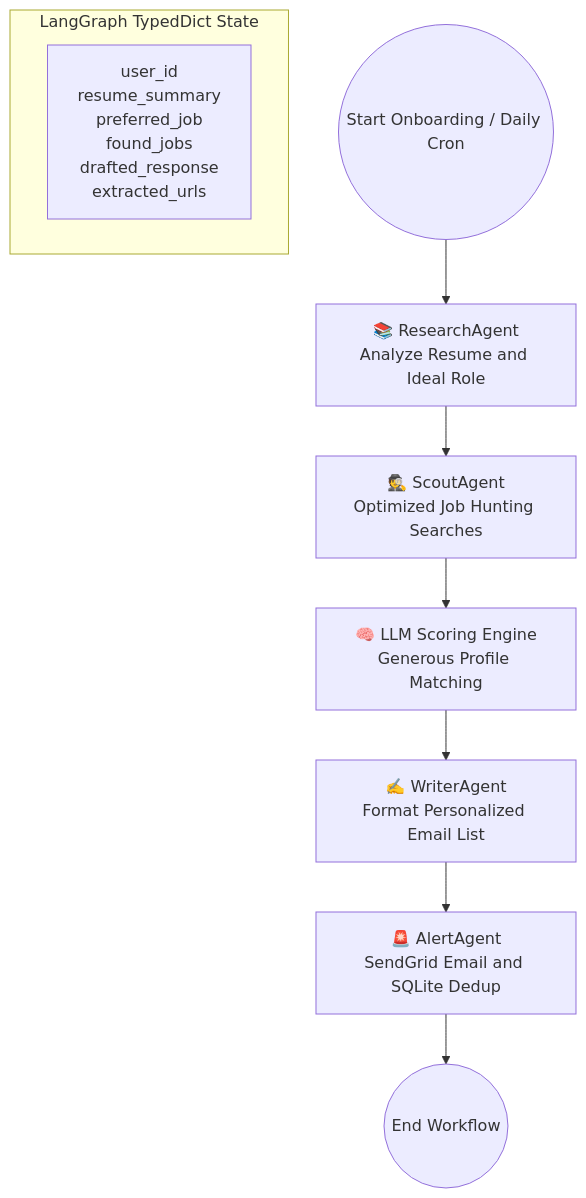
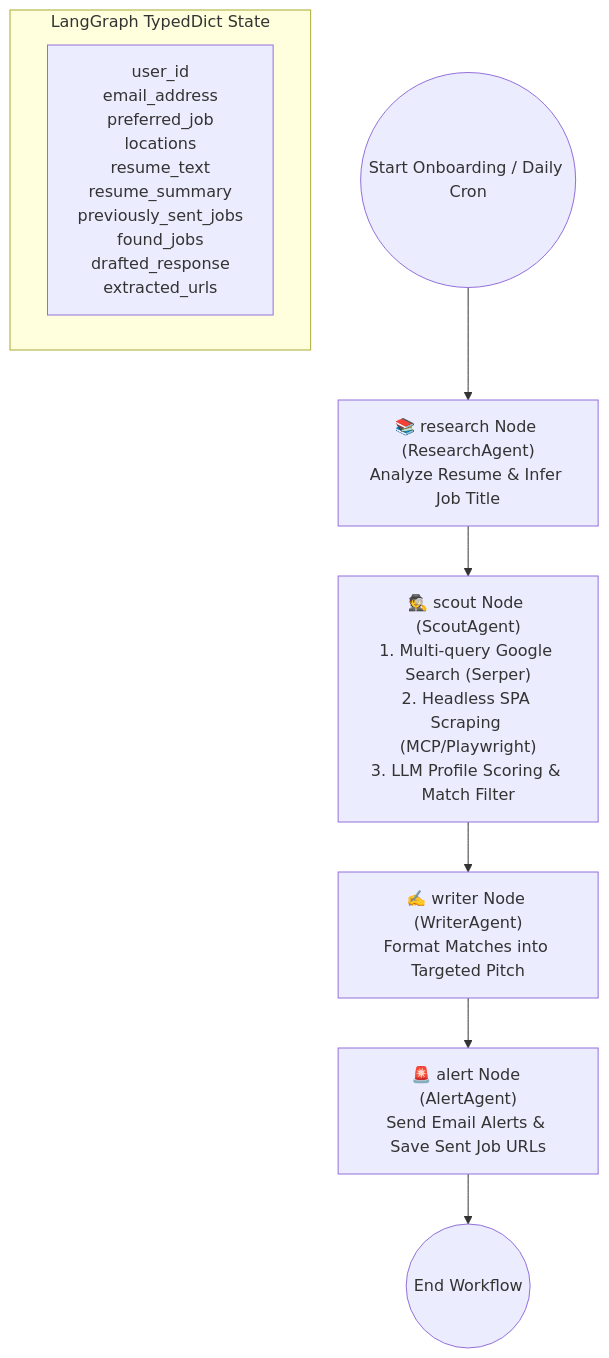
One commit to vishnup102002/Career-Pilot changed the first of 2 diagrams in README.md. Above: the diagram before and after it, drawn with Mermaid. The commit also changed other lines of this file and 2 other files, not shown here.

````diff
--- a/README.md
+++ b/README.md
@@ -37,14 +37,13 @@
 ```mermaid
 graph TD
-    Start((Start Onboarding / Daily Cron)) --> ResearchNode[📚 ResearchAgent\nAnalyze Resume and Ideal Role]
-    ResearchNode --> ScoutNode[🕵️ ScoutAgent\nOptimized Job Hunting Searches]
-    ScoutNode --> MatchEngine[🧠 LLM Scoring Engine\nGenerous Profile Matching]
-    MatchEngine --> WriterNode[✍️ WriterAgent\nFormat Personalized Email List]
-    WriterNode --> AlertNode[🚨 AlertAgent\nSendGrid Email and SQLite Dedup]
+    Start((Start Onboarding / Daily Cron)) --> ResearchNode["📚 research Node (ResearchAgent)<br/>Analyze Resume & Infer Job Title"]
+    ResearchNode --> ScoutNode["🕵️ scout Node (ScoutAgent)<br/>1. Multi-query Google Search (Serper)<br/>2. Headless SPA Scraping (MCP/Playwright)<br/>3. LLM Profile Scoring & Match Filter"]
+    ScoutNode --> WriterNode["✍️ writer Node (WriterAgent)<br/>Format Matches into Targeted Pitch"]
+    WriterNode --> AlertNode["🚨 alert Node (AlertAgent)<br/>Send Email Alerts & Save Sent Job URLs"]
     AlertNode --> End((End Workflow))
 
     subgraph State["LangGraph TypedDict State"]
         direction LR
-        StateVar[user_id\nresume_summary\npreferred_job\nfound_jobs\ndrafted_response\nextracted_urls]
+        StateVar["user_id<br/>email_address<br/>preferred_job<br/>locations<br/>resume_text<br/>resume_summary<br/>previously_sent_jobs<br/>found_jobs<br/>drafted_response<br/>extracted_urls"]
     end
 ```
````
